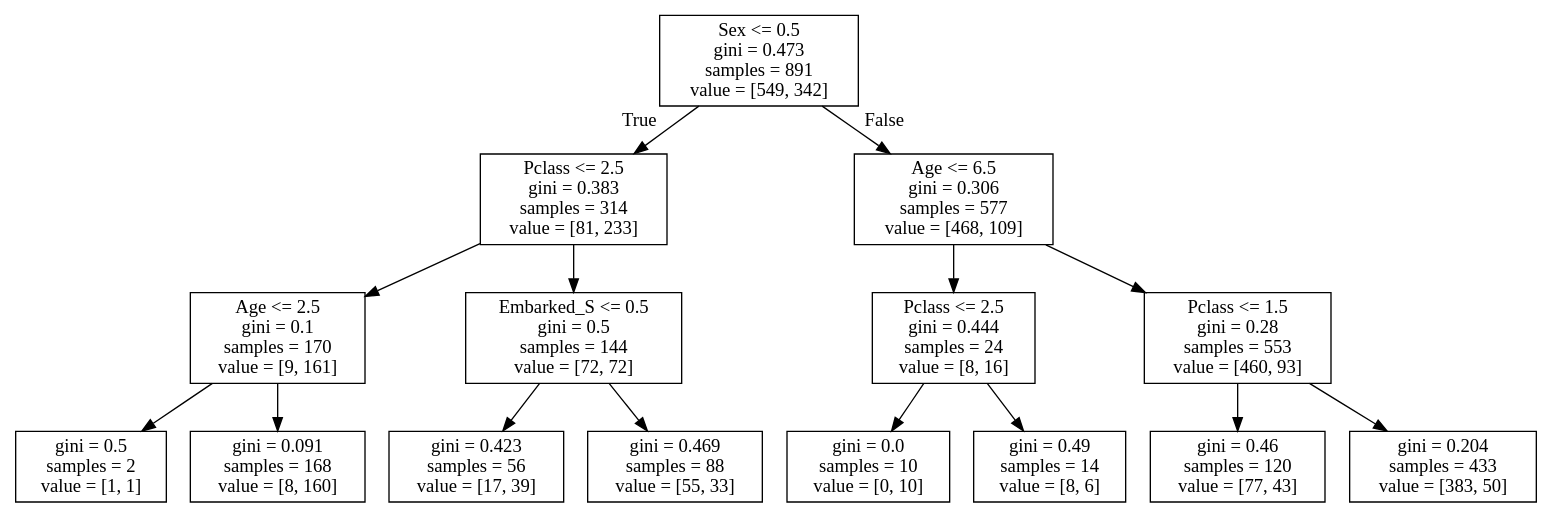
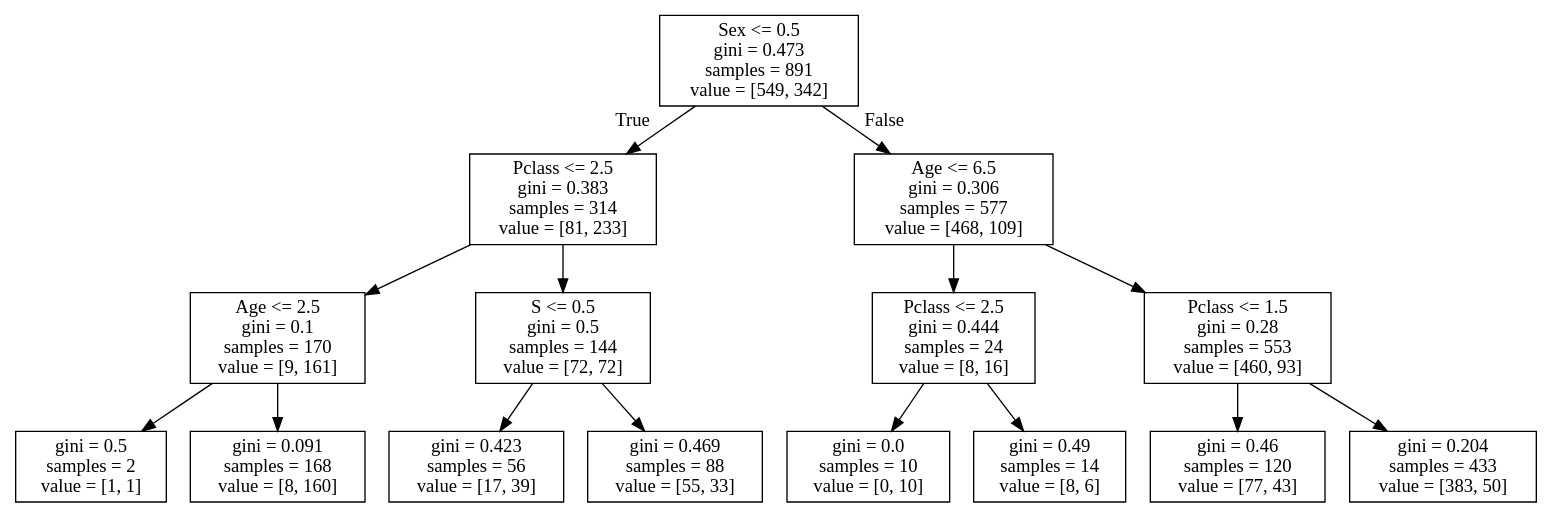
The diagram in assets/tree_titanic.dot (naidaire/lesson15_decision_trees), drawn with Graphviz before and after one commit. The commit also changed 2 other files, not shown here.

```diff
--- a/assets/tree_titanic.dot
+++ b/assets/tree_titanic.dot
@@ -1,32 +1,32 @@
 digraph Tree {
 node [shape=box] ;
 0 [label="Sex <= 0.5\ngini = 0.473\nsamples = 891\nvalue = [549, 342]"] ;
 1 [label="Pclass <= 2.5\ngini = 0.383\nsamples = 314\nvalue = [81, 233]"] ;
 0 -> 1 [labeldistance=2.5, labelangle=45, headlabel="True"] ;
 2 [label="Age <= 2.5\ngini = 0.1\nsamples = 170\nvalue = [9, 161]"] ;
 1 -> 2 ;
 3 [label="gini = 0.5\nsamples = 2\nvalue = [1, 1]"] ;
 2 -> 3 ;
 4 [label="gini = 0.091\nsamples = 168\nvalue = [8, 160]"] ;
 2 -> 4 ;
-5 [label="Embarked_S <= 0.5\ngini = 0.5\nsamples = 144\nvalue = [72, 72]"] ;
+5 [label="S <= 0.5\ngini = 0.5\nsamples = 144\nvalue = [72, 72]"] ;
 1 -> 5 ;
 6 [label="gini = 0.423\nsamples = 56\nvalue = [17, 39]"] ;
 5 -> 6 ;
 7 [label="gini = 0.469\nsamples = 88\nvalue = [55, 33]"] ;
 5 -> 7 ;
 8 [label="Age <= 6.5\ngini = 0.306\nsamples = 577\nvalue = [468, 109]"] ;
 0 -> 8 [labeldistance=2.5, labelangle=-45, headlabel="False"] ;
 9 [label="Pclass <= 2.5\ngini = 0.444\nsamples = 24\nvalue = [8, 16]"] ;
 8 -> 9 ;
 10 [label="gini = 0.0\nsamples = 10\nvalue = [0, 10]"] ;
 9 -> 10 ;
 11 [label="gini = 0.49\nsamples = 14\nvalue = [8, 6]"] ;
 9 -> 11 ;
 12 [label="Pclass <= 1.5\ngini = 0.28\nsamples = 553\nvalue = [460, 93]"] ;
 8 -> 12 ;
 13 [label="gini = 0.46\nsamples = 120\nvalue = [77, 43]"] ;
 12 -> 13 ;
 14 [label="gini = 0.204\nsamples = 433\nvalue = [383, 50]"] ;
 12 -> 14 ;
 }
```
